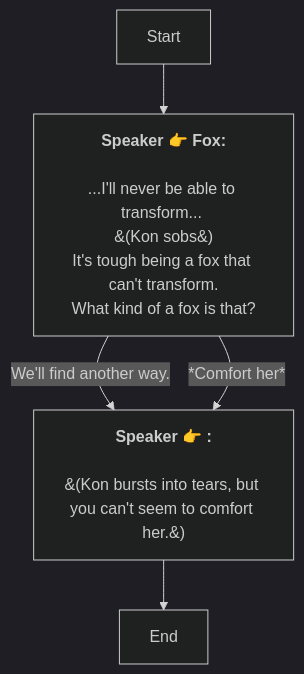
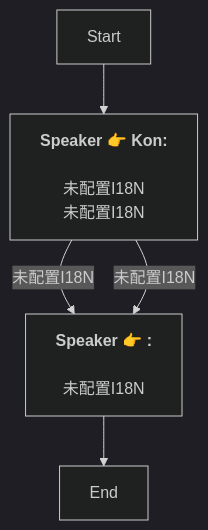
The diagram in En/QuestStartTalkENode_1738540510940343.md (SoftHu/tos_avg), drawn with Mermaid (dark theme) before and after one commit. The commit also changed 730 other files, not shown here.

````diff
--- a/En/QuestStartTalkENode_1738540510940343.md
+++ b/En/QuestStartTalkENode_1738540510940343.md
@@ -1,13 +1,11 @@
 ```mermaid
 graph
-Start -->1738541722740937[<b>Speaker 👉 Fox:</b>
-\n...I'll never be able to transform... 
-&#40;Kon sobs&#41;\nIt's tough being a fox that can't transform.
-What kind of a fox is that?]
-1738541722740937 -->|We'll find another way.|1738545380698359[<b>Speaker 👉 :</b>
-\n&#40;Kon bursts into tears, but you can't seem to comfort her.&#41;]
-1738541722740937 -->|*Comfort her*|1738545380698359[<b>Speaker 👉 :</b>
-\n&#40;Kon bursts into tears, but you can't seem to comfort her.&#41;]
+Start -->1738541722740937[<b>Speaker 👉 Kon:</b>
+\n未配置I18N\n未配置I18N]
+1738541722740937 -->|未配置I18N|1738545380698359[<b>Speaker 👉 :</b>
+\n未配置I18N]
+1738541722740937 -->|未配置I18N|1738545380698359[<b>Speaker 👉 :</b>
+\n未配置I18N]
 1738545380698359 -->1738542826258647[End]
 
 ```
````
